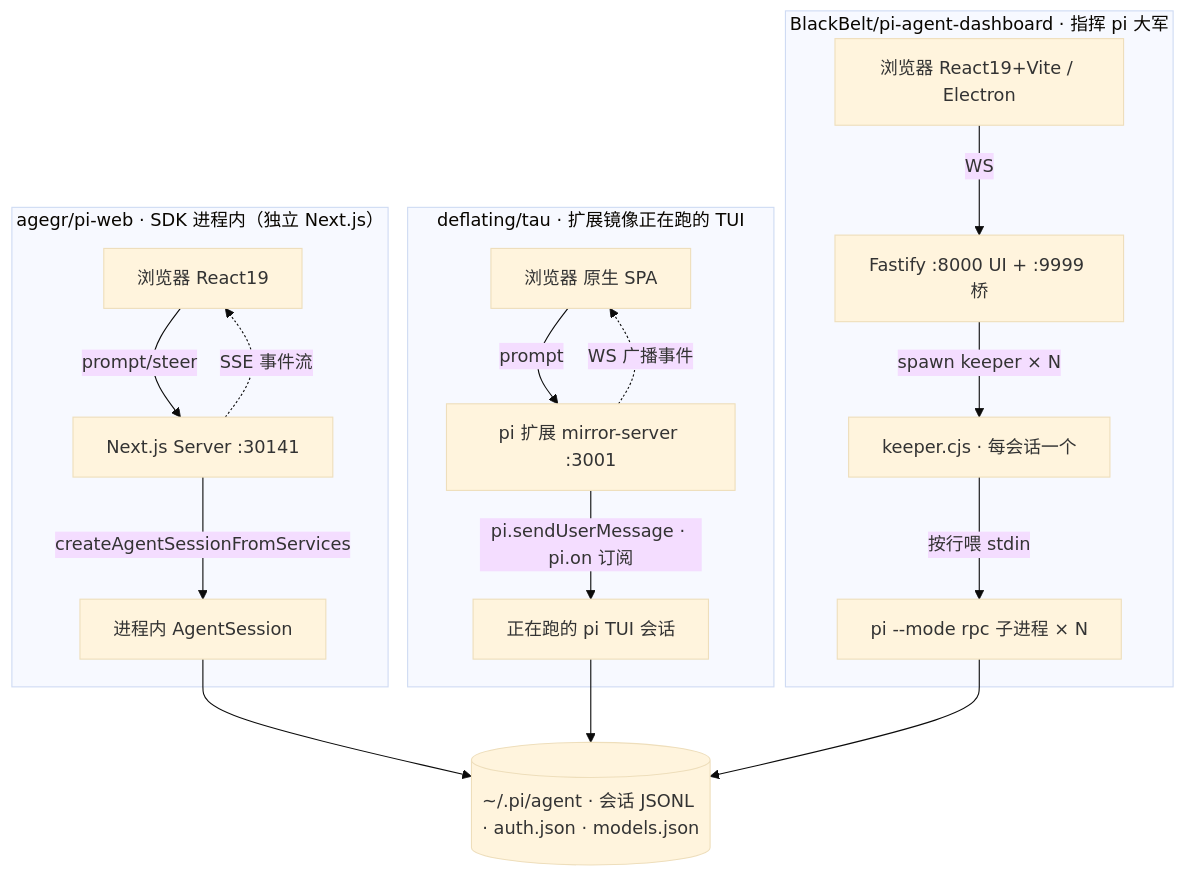
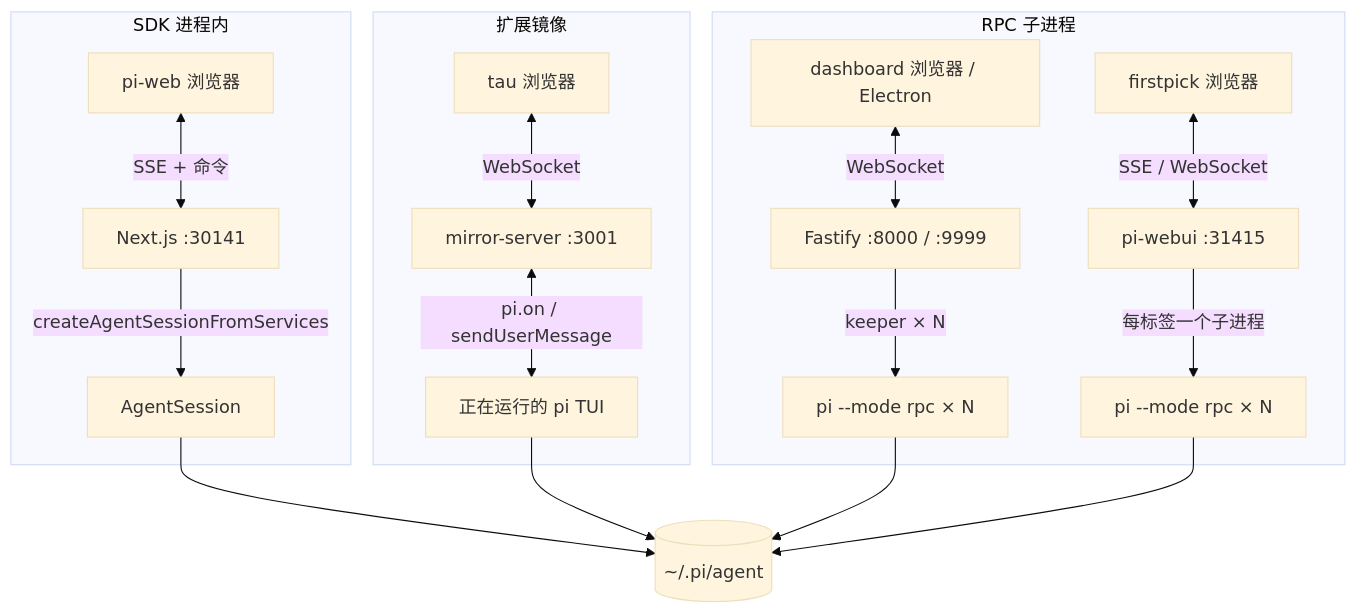
The second of 2 diagrams in skills/.curated/harness/references/pi.md (TMYTiMidlY/skills), drawn with Mermaid (base theme) before and after one commit. The commit also changed other lines of this file, not shown here.

First line of the commit message:
docs(harness): 重构 pi Web UI 与 ask_user 兼容性对比

````diff
--- a/skills/.curated/harness/references/pi.md
+++ b/skills/.curated/harness/references/pi.md
@@ -595,21 +602,21 @@
 ```mermaid
 flowchart TD
-    subgraph PW ["agegr/pi-web · SDK 进程内（独立 Next.js）"]
-        PW1["浏览器 React19"] -->|"prompt/steer"| PW2["Next.js Server :30141"]
-        PW2 -->|"createAgentSessionFromServices"| PW3["进程内 AgentSession"]
-        PW2 -.->|"SSE 事件流"| PW1
+    subgraph SDK ["SDK 进程内"]
+        PW_BROWSER["pi-web 浏览器"] <-->|"SSE + 命令"| PW_SERVER["Next.js :30141"]
+        PW_SERVER -->|"createAgentSessionFromServices"| PW_SESSION["AgentSession"]
     end
-    subgraph TAU ["deflating/tau · 扩展镜像正在跑的 TUI"]
-        TAU1["浏览器 原生 SPA"] -->|"prompt"| TAU2["pi 扩展 mirror-server :3001"]
-        TAU2 -->|"pi.sendUserMessage · pi.on 订阅"| TAU3["正在跑的 pi TUI 会话"]
-        TAU2 -.->|"WS 广播事件"| TAU1
+    subgraph MIRROR ["扩展镜像"]
+        TAU_BROWSER["tau 浏览器"] <-->|"WebSocket"| TAU_EXT["mirror-server :3001"]
+        TAU_EXT <-->|"pi.on / sendUserMessage"| TUI["正在运行的 pi TUI"]
     end
-    subgraph DASH ["BlackBelt/pi-agent-dashboard · 指挥 pi 大军"]
-        DASH1["浏览器 React19+Vite / Electron"] -->|"WS"| DASH2["Fastify :8000 UI + :9999 桥"]
-        DASH2 -->|"spawn keeper × N"| DASH3["keeper.cjs · 每会话一个"]
-        DASH3 -->|"按行喂 stdin"| DASH4["pi --mode rpc 子进程 × N"]
+    subgraph RPC ["RPC 子进程"]
+        DASH_BROWSER["dashboard 浏览器 / Electron"] <-->|"WebSocket"| DASH_SERVER["Fastify :8000 / :9999"]
+        DASH_SERVER -->|"keeper × N"| DASH_PI["pi --mode rpc × N"]
+        FP_BROWSER["firstpick 浏览器"] <-->|"SSE / WebSocket"| FP_SERVER["pi-webui :31415"]
+        FP_SERVER -->|"每标签一个子进程"| FP_PI["pi --mode rpc × N"]
     end
-    PW3 --> AGENT[("~/.pi/agent · 会话 JSONL · auth.json · models.json")]
-    TAU3 --> AGENT
-    DASH4 --> AGENT
+    PW_SESSION --> AGENT_DIR[("~/.pi/agent")]
+    TUI --> AGENT_DIR
+    DASH_PI --> AGENT_DIR
+    FP_PI --> AGENT_DIR
 ```
````
